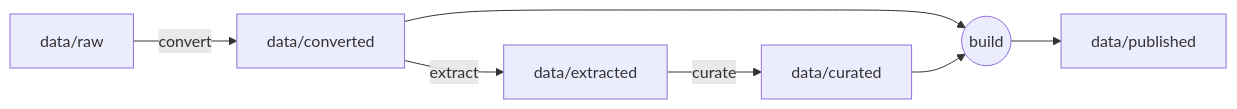
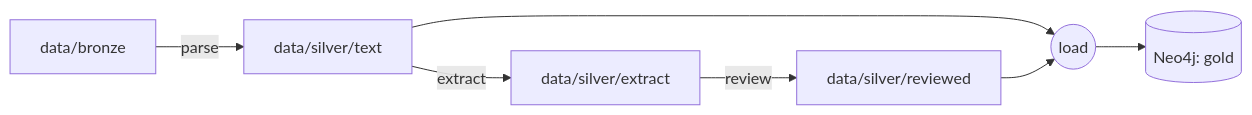
Before and after one commit to roballred/GraphEA: the diagram in docs/architecture.md, drawn with Mermaid. The commit also changed other lines of this file and 20 other files, not shown here.

First line of the commit message:
Restructure data into medallion layers for a Neo4j graph

````diff
--- a/docs/architecture.md
+++ b/docs/architecture.md
@@ -8,9 +11,9 @@
 ```mermaid
 flowchart LR
-  raw[data/raw] -->|convert| converted[data/converted]
-  converted -->|extract| extracted[data/extracted]
-  extracted -->|curate| curated[data/curated]
-  converted --> build((build))
-  curated --> build
-  build --> published[data/published]
+  bronze[data/bronze] -->|parse| text[data/silver/text]
+  text -->|extract| extract[data/silver/extract]
+  extract -->|review| reviewed[data/silver/reviewed]
+  text --> load((load))
+  reviewed --> load
+  load --> gold[(Neo4j: gold)]
 ```
````
